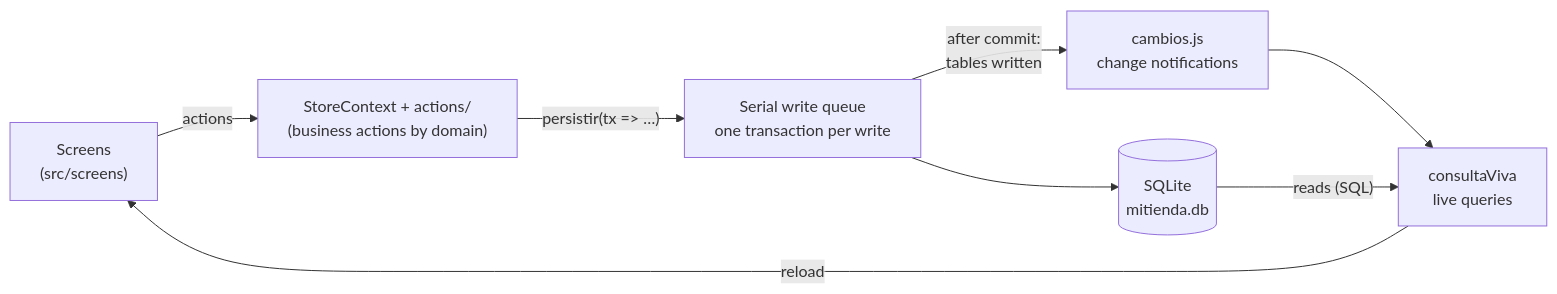
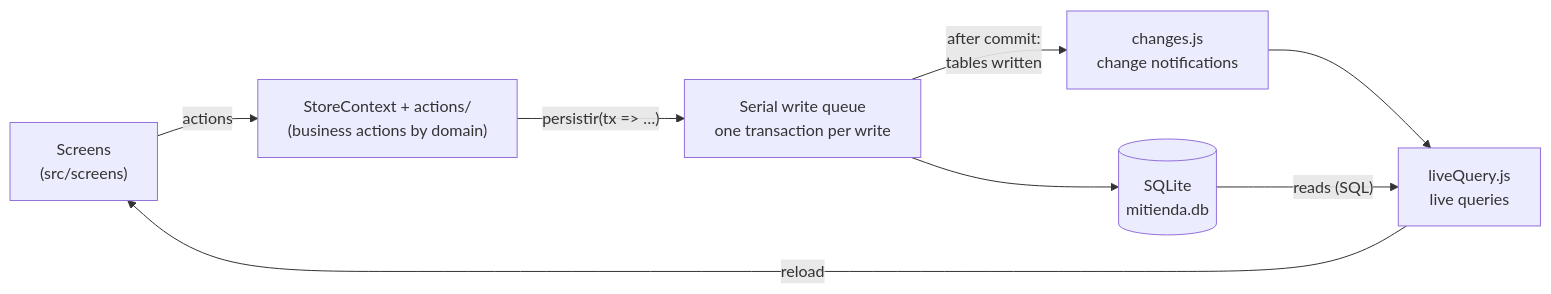
One commit to sosagonzales0409-max/LudyShop changed the diagram in README.md. Above: the diagram before and after it, drawn with Mermaid. The commit also changed other lines of this file and 83 other files, not shown here.

````diff
--- a/README.md
+++ b/README.md
@@ -76,10 +76,10 @@
 ```mermaid
 flowchart LR
     UI["Screens<br/>(src/screens)"] -->|actions| CTX["StoreContext + actions/<br/>(business actions by domain)"]
     CTX -->|"persistir(tx => …)"| Q["Serial write queue<br/>one transaction per write"]
     Q --> DB[("SQLite<br/>mitienda.db")]
-    Q -->|"after commit:<br/>tables written"| EV["cambios.js<br/>change notifications"]
-    EV --> LIVE["consultaViva<br/>live queries"]
+    Q -->|"after commit:<br/>tables written"| EV["changes.js<br/>change notifications"]
+    EV --> LIVE["liveQuery.js<br/>live queries"]
     LIVE -->|reload| UI
     DB -->|"reads (SQL)"| LIVE
 ```
````
